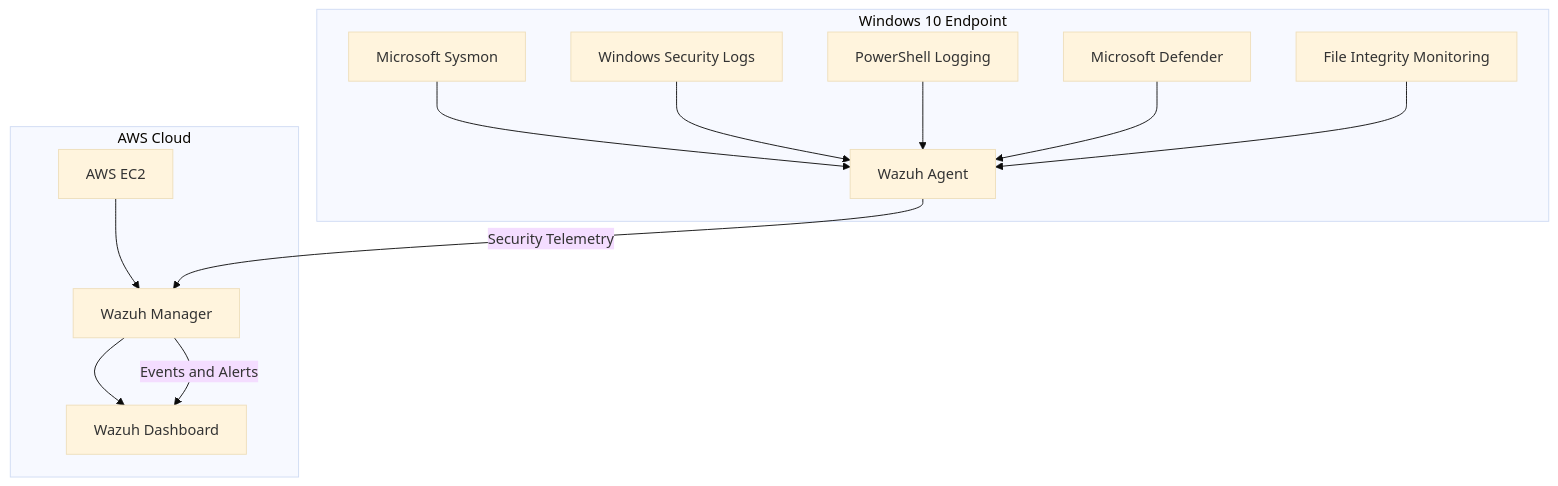
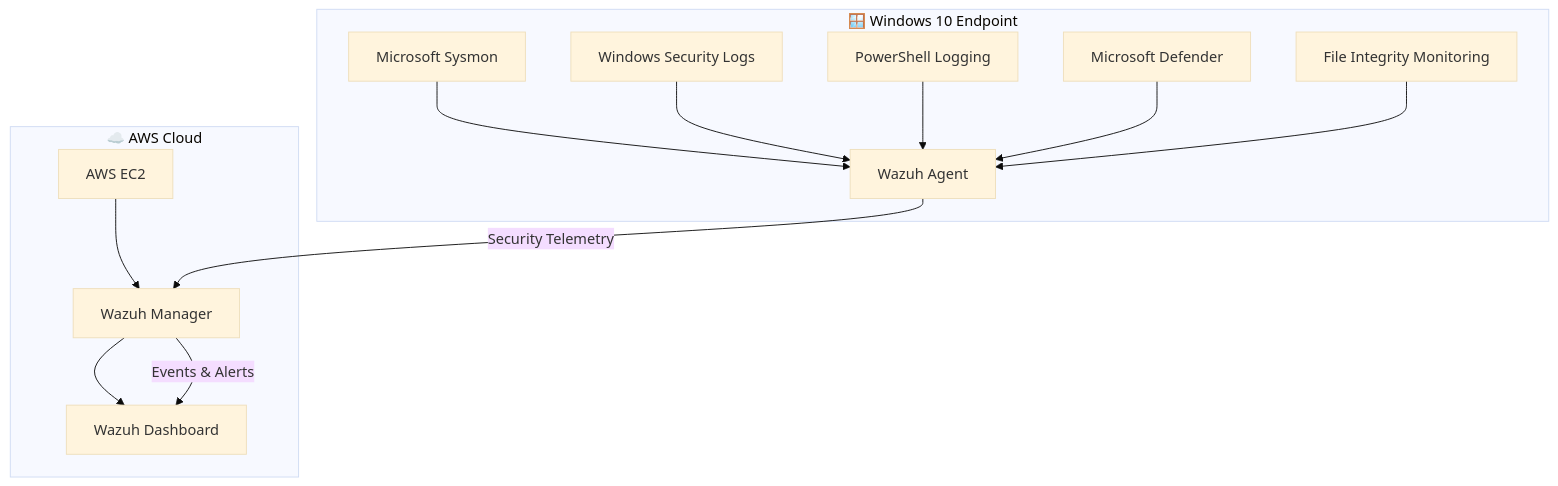
The first of 8 diagrams in README.md (Sayanhakerz/Home-SOC-Lab), drawn with Mermaid (base theme) before and after one commit. The commit also changed other lines of this file, not shown here.

````diff
--- a/README.md
+++ b/README.md
@@ -23,30 +58,30 @@
 ```mermaid
 flowchart TB
 
-    subgraph AWS["AWS Cloud"]
+    subgraph AWS["☁️ AWS Cloud"]
         EC2["AWS EC2"]
         WM["Wazuh Manager"]
         WD["Wazuh Dashboard"]
 
         EC2 --> WM
         WM --> WD
     end
 
-    subgraph WIN["Windows 10 Endpoint"]
+    subgraph WIN["🪟 Windows 10 Endpoint"]
         WA["Wazuh Agent"]
         SYS["Microsoft Sysmon"]
         SEC["Windows Security Logs"]
         PS["PowerShell Logging"]
         DEF["Microsoft Defender"]
         FIM["File Integrity Monitoring"]
 
         SYS --> WA
         SEC --> WA
         PS --> WA
         DEF --> WA
         FIM --> WA
     end
 
     WA -->|"Security Telemetry"| WM
-    WM -->|"Events and Alerts"| WD
+    WM -->|"Events & Alerts"| WD
 ```
````
